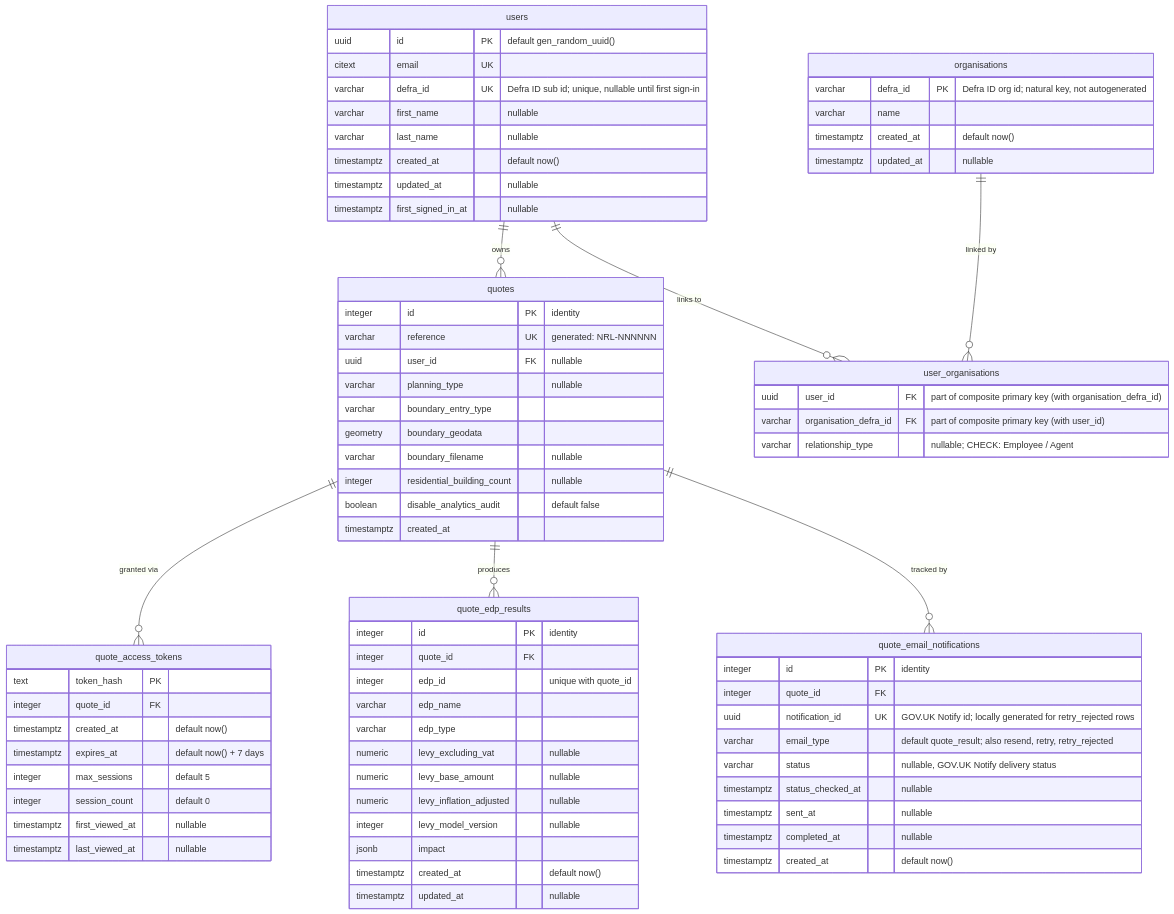
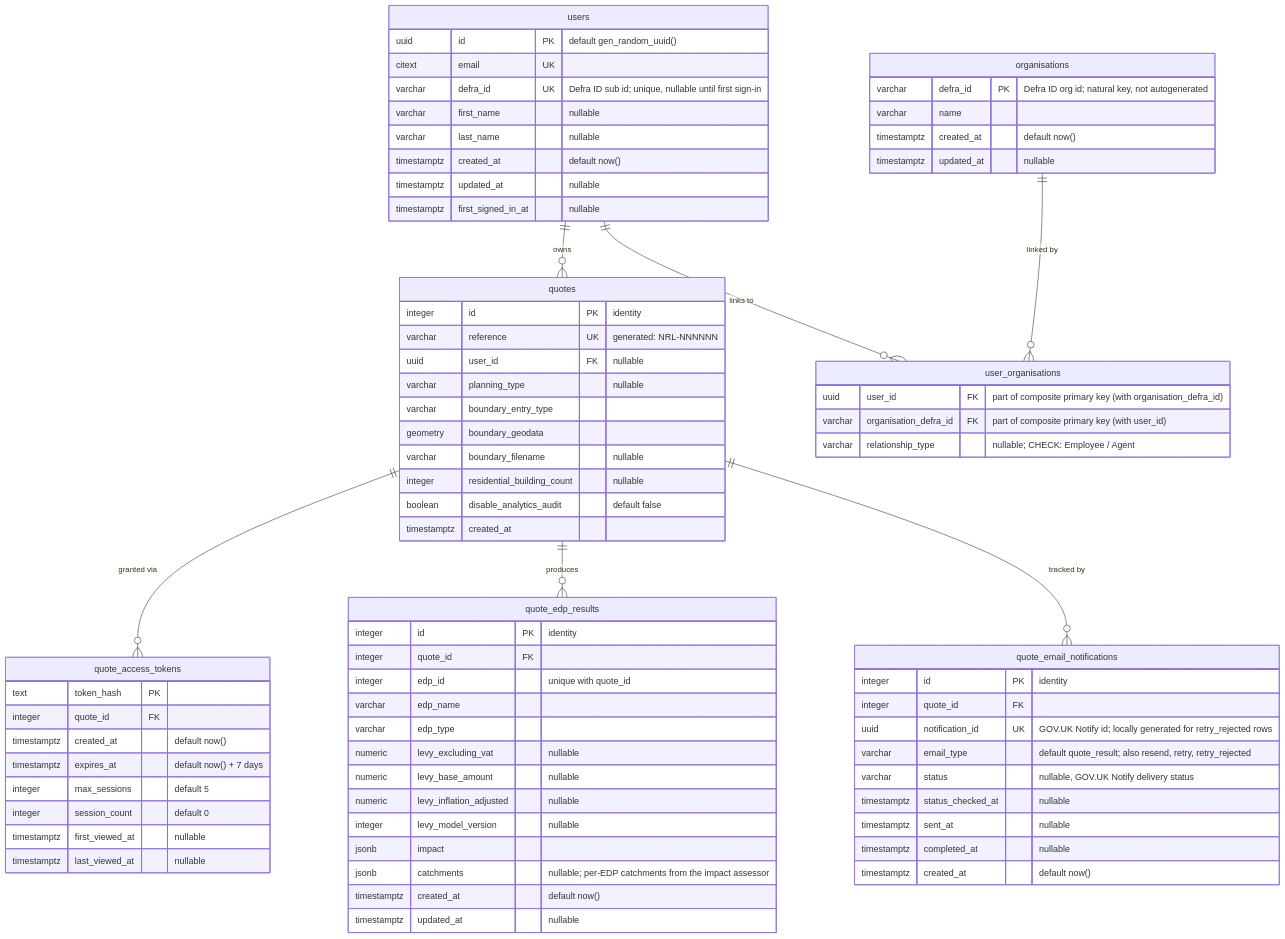
Before and after one commit to DEFRA/nrf-backend: the diagram in docs/quote-database-diagram.md, drawn with Mermaid. The commit also changed other lines of this file and 9 other files, not shown here.

First line of the commit message:
Persist EDP catchments from the impact assessor

```diff
--- a/docs/quote-database-diagram.md
+++ b/docs/quote-database-diagram.md
@@ -75,6 +75,7 @@
         numeric levy_inflation_adjusted "nullable"
         integer levy_model_version "nullable"
         jsonb impact
+        jsonb catchments "nullable; per-EDP catchments from the impact assessor"
         timestamptz created_at "default now()"
         timestamptz updated_at "nullable"
     }
```
